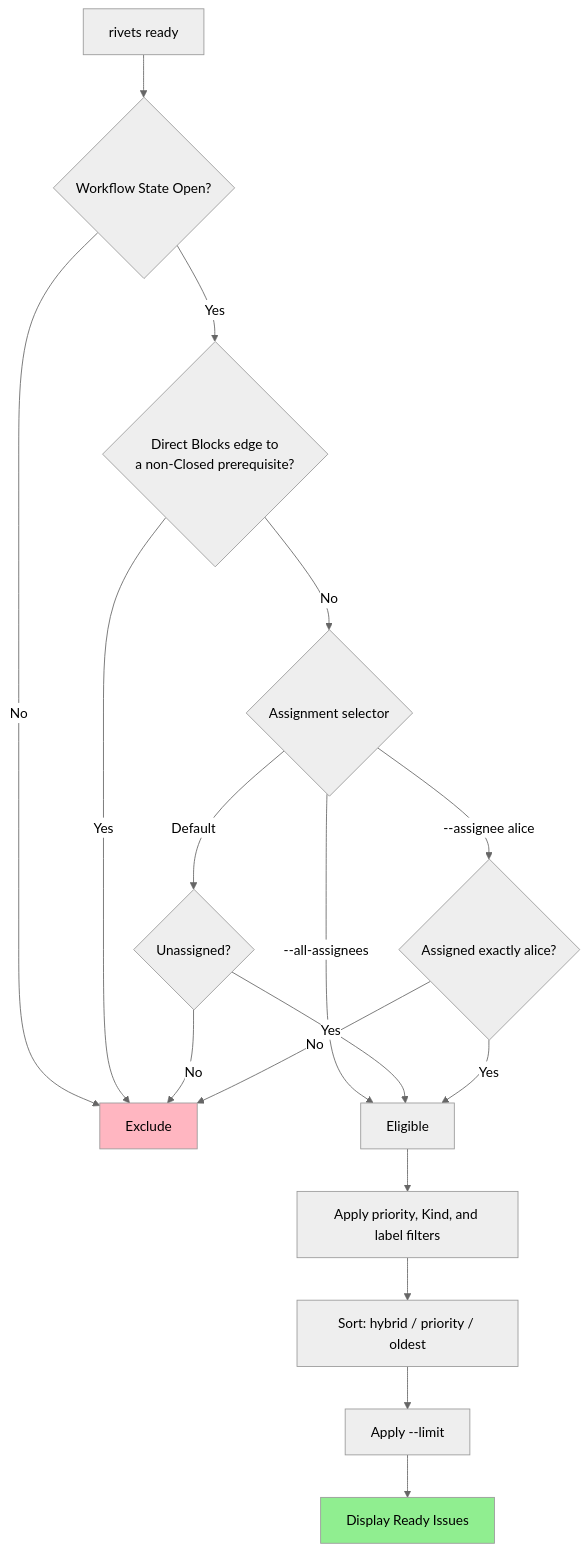
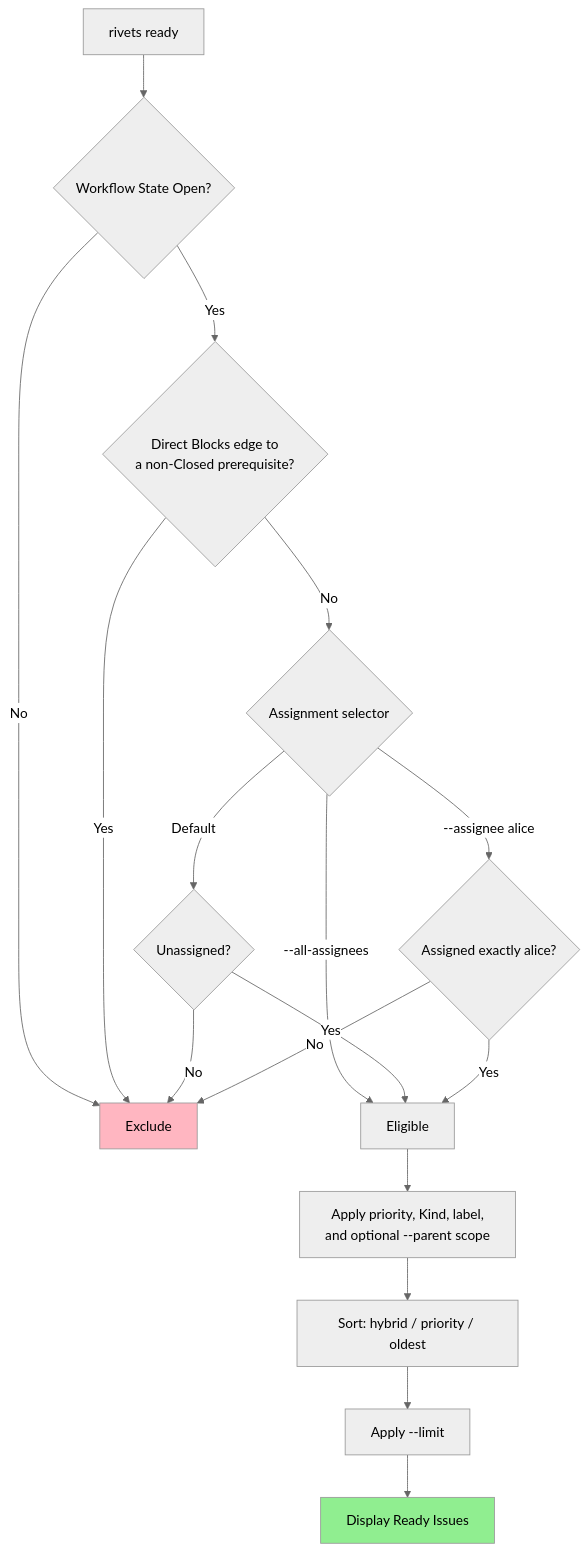
One commit to dwalleck/rivets changed the sixth of 12 diagrams in docs/data-flow.md. Above: the diagram before and after it, drawn with Mermaid (neutral theme). The commit also changed other lines of this file and 8 other files, not shown here.

````diff
--- a/docs/data-flow.md
+++ b/docs/data-flow.md
@@ -230,22 +230,22 @@
 ```mermaid
 flowchart TD
     Start[rivets ready] --> Open{Workflow State Open?}
     Open -->|No| Skip[Exclude]
     Open -->|Yes| Direct{Direct Blocks edge to<br/>a non-Closed prerequisite?}
     Direct -->|Yes| Skip
     Direct -->|No| Assignment{Assignment selector}
     Assignment -->|Default| Unassigned{Unassigned?}
     Assignment -->|--assignee alice| Alice{Assigned exactly alice?}
     Assignment -->|--all-assignees| Include[Eligible]
     Unassigned -->|Yes| Include
     Unassigned -->|No| Skip
     Alice -->|Yes| Include
     Alice -->|No| Skip
-    Include --> Filters[Apply priority, Kind, and label filters]
+    Include --> Filters[Apply priority, Kind, label,<br/>and optional --parent scope]
     Filters --> Sort[Sort: hybrid / priority / oldest]
     Sort --> Limit[Apply --limit]
     Limit --> Display[Display Ready Issues]
 
     style Skip fill:#FFB6C1
     style Display fill:#90EE90
 ```
````
